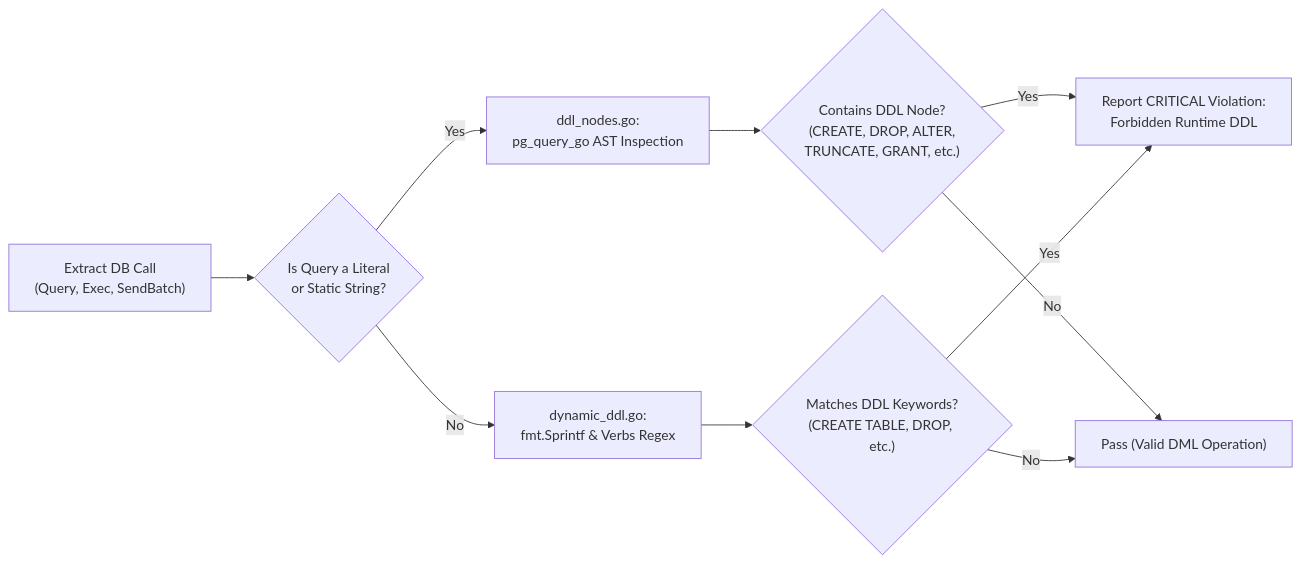
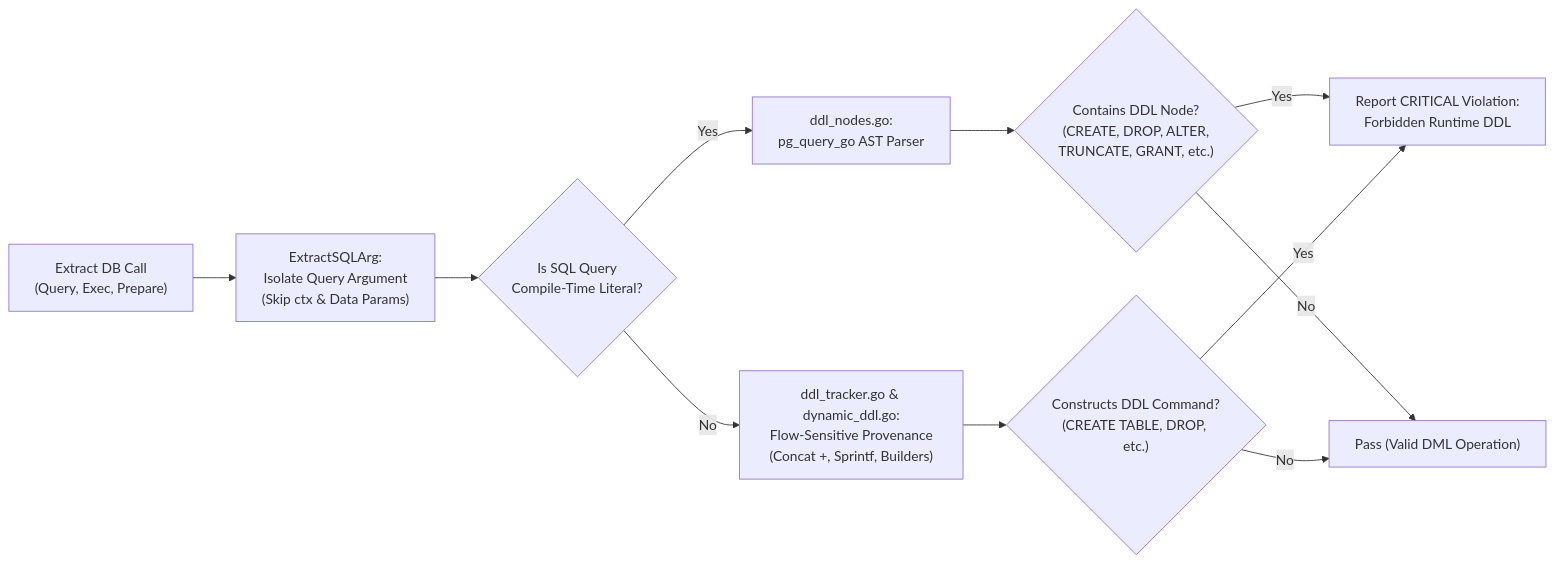
One commit to will2469/argus changed the second of 2 diagrams in wiki/ARGUS-A06.md. Above: the diagram before and after it, drawn with Mermaid. The commit also changed other lines of this file and 25 other files, not shown here.

Commit message:
feat: implement call classification and database argument extraction to support advanced A06/A07 rule analysis

````diff
--- a/wiki/ARGUS-A06.md
+++ b/wiki/ARGUS-A06.md
@@ -61,12 +61,13 @@
 ```mermaid
 flowchart LR
-    Callsite["Extract DB Call<br/>(Query, Exec, SendBatch)"] --> Literal{"Is Query a Literal<br/>or Static String?"}
-    Literal -->|Yes| ASTCheck["ddl_nodes.go:<br/>pg_query_go AST Inspection"]
-    Literal -->|No| DynamicCheck["dynamic_ddl.go:<br/>fmt.Sprintf & Verbs Regex"]
+    Callsite["Extract DB Call<br/>(Query, Exec, Prepare)"] --> ArgExtract["ExtractSQLArg:<br/>Isolate Query Argument<br/>(Skip ctx & Data Params)"]
+    ArgExtract --> Literal{"Is SQL Query<br/>Compile-Time Literal?"}
+    Literal -->|Yes| ASTCheck["ddl_nodes.go:<br/>pg_query_go AST Parser"]
+    Literal -->|No| FlowCheck["ddl_tracker.go & dynamic_ddl.go:<br/>Flow-Sensitive Provenance<br/>(Concat +, Sprintf, Builders)"]
     ASTCheck --> NodeMatch{"Contains DDL Node?<br/>(CREATE, DROP, ALTER,<br/>TRUNCATE, GRANT, etc.)"}
-    DynamicCheck --> DynamicMatch{"Matches DDL Keywords?<br/>(CREATE TABLE, DROP, etc.)"}
+    FlowCheck --> DynamicMatch{"Constructs DDL Command?<br/>(CREATE TABLE, DROP, etc.)"}
     NodeMatch -->|Yes| Report["Report CRITICAL Violation:<br/>Forbidden Runtime DDL"]
     DynamicMatch -->|Yes| Report
     NodeMatch -->|No| Safe["Pass (Valid DML Operation)"]
     DynamicMatch -->|No| Safe
 ```
````
